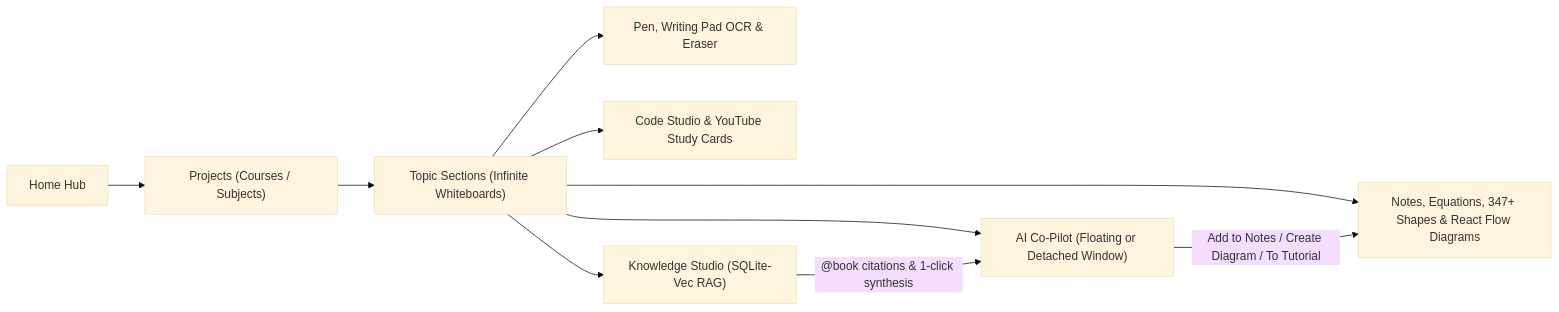
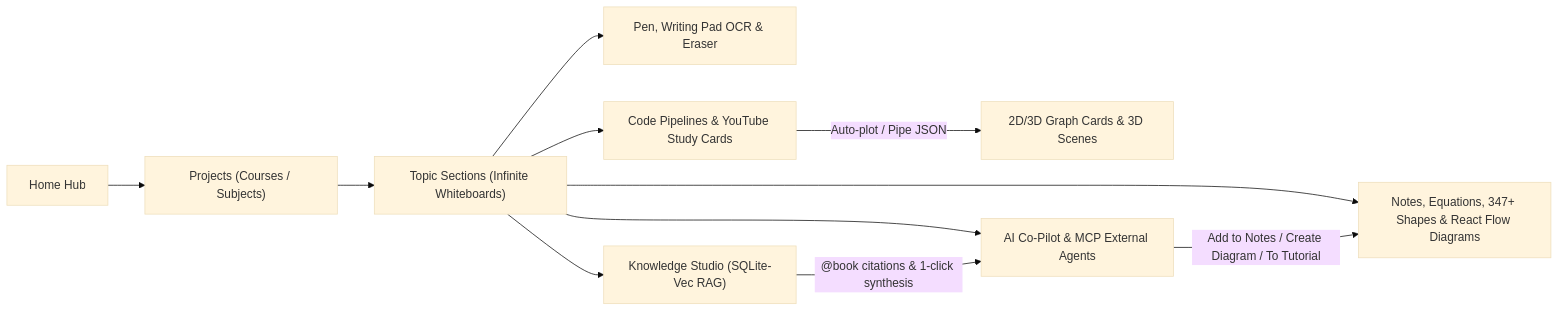
One commit to GT0096/vexelBoard changed the diagram in wiki/User-Guide.md. Above: the diagram before and after it, drawn with Mermaid (base theme). The commit also changed other lines of this file and 13 other files, not shown here.

````diff
--- a/wiki/User-Guide.md
+++ b/wiki/User-Guide.md
@@ -30,12 +31,13 @@
 ```mermaid
 flowchart LR
     Hub["Home Hub"] --> Proj["Projects (Courses / Subjects)"]
     Proj --> Sec["Topic Sections (Infinite Whiteboards)"]
     Sec --> Draw["Pen, Writing Pad OCR & Eraser"]
     Sec --> Visuals["Notes, Equations, 347+ Shapes & React Flow Diagrams"]
-    Sec --> Media["Code Studio & YouTube Study Cards"]
+    Sec --> Media["Code Pipelines & YouTube Study Cards"]
+    Media -->|"Auto-plot / Pipe JSON"| Graphs["2D/3D Graph Cards & 3D Scenes"]
     Sec --> KS["Knowledge Studio (SQLite-Vec RAG)"]
-    Sec --> Chat["AI Co-Pilot (Floating or Detached Window)"]
+    Sec --> Chat["AI Co-Pilot & MCP External Agents"]
     KS -->|"@book citations & 1-click synthesis"| Chat
     Chat -->|"Add to Notes / Create Diagram / To Tutorial"| Visuals
 ```
````
